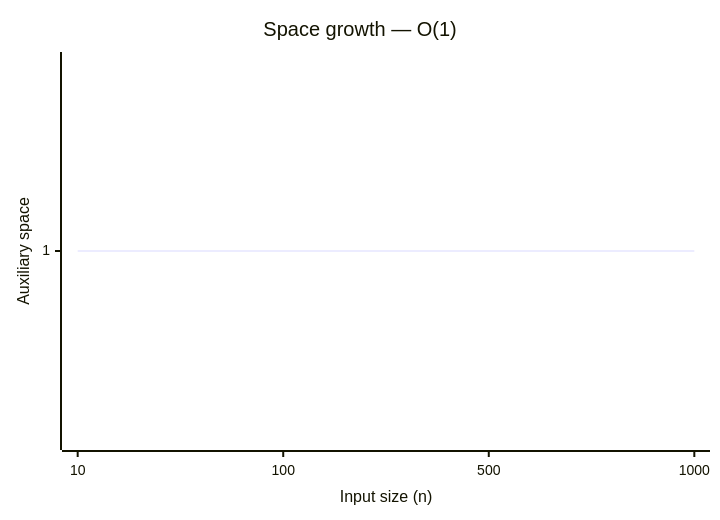
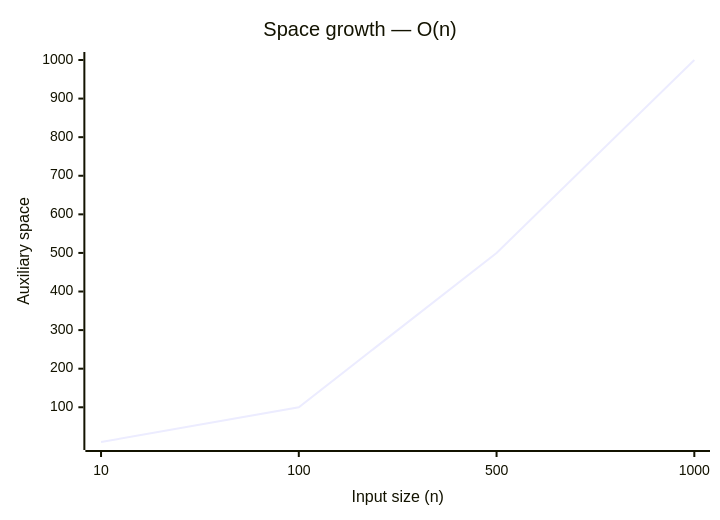
One commit to PARTHDEVX2904/LEETCODE-DSA changed the second of 2 diagrams in 0226-invert-binary-tree/README.md. Above: the diagram before and after it, drawn with Mermaid. The commit also changed other lines of this file, not shown here.

Commit message:
Time: 0 ms (100.00%) | Space: 12.6 MB (26.68%) - 0226-invert-binary-tree

````diff
--- a/0226-invert-binary-tree/README.md
+++ b/0226-invert-binary-tree/README.md
@@ -45,7 +45,7 @@
 ```mermaid
 xychart-beta
-    title "Space growth — O(1)"
+    title "Space growth — O(n)"
     x-axis "Input size (n)" [10, 100, 500, 1000]
     y-axis "Auxiliary space"
-    line [1, 1, 1, 1]
+    line [10, 100, 500, 1000]
 ```
````
